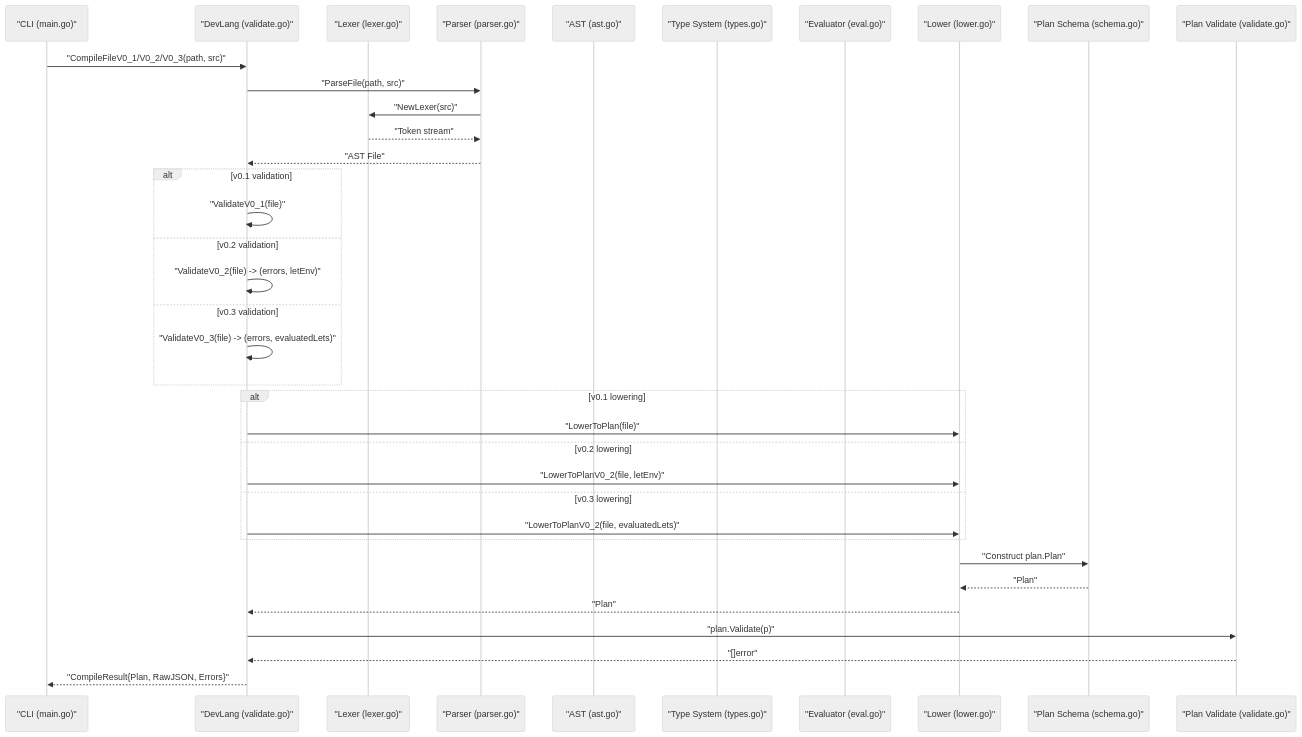
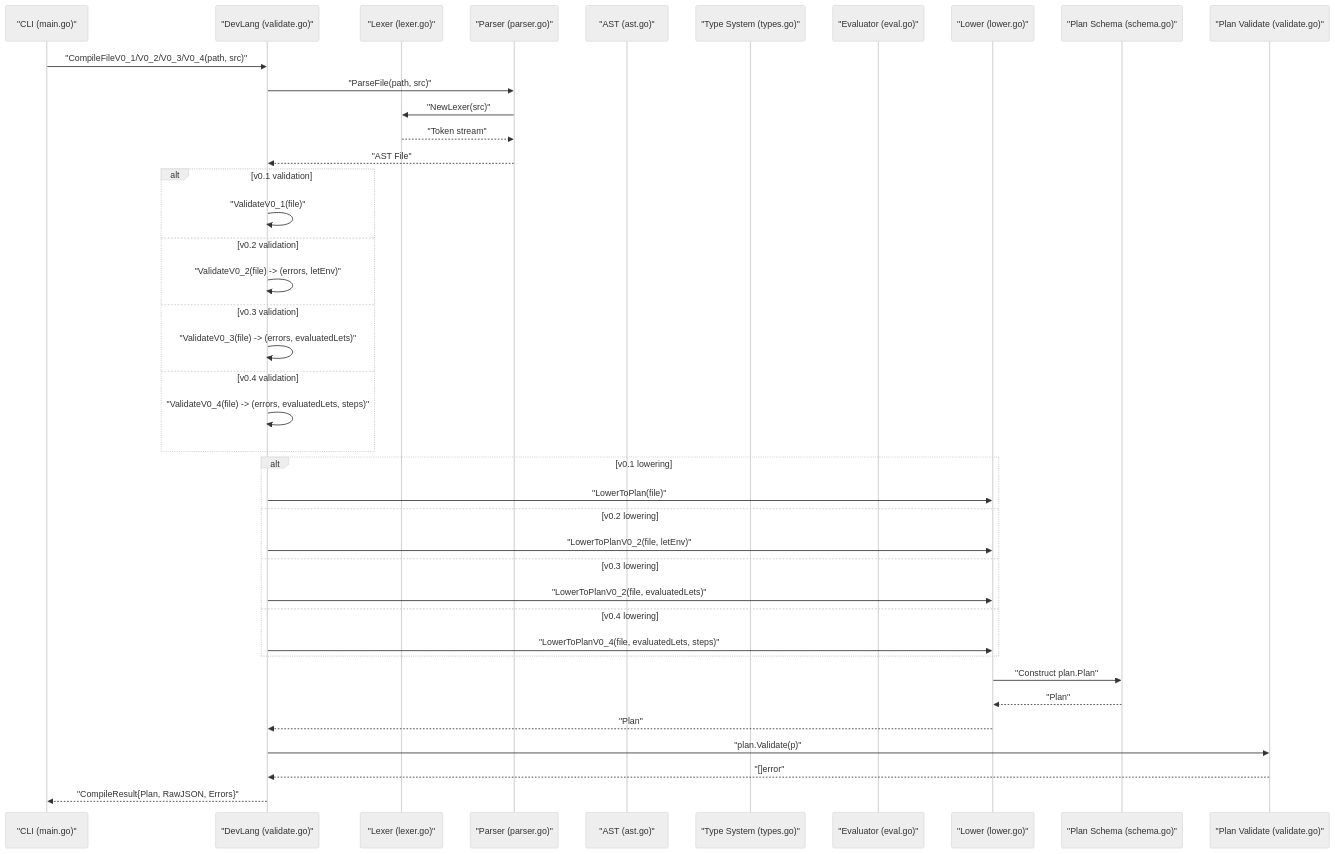
One commit to ahmednour1430464/dotdevops changed the second of 14 diagrams in .qoder/repowiki/en/content/.devops Language Reference/Compilation Pipeline.md. Above: the diagram before and after it, drawn with Mermaid (neutral theme). The commit also changed other lines of this file and 3 other files, not shown here.

````diff
--- a/.qoder/repowiki/en/content/.devops Language Reference/Compilation Pipeline.md
+++ b/.qoder/repowiki/en/content/.devops Language Reference/Compilation Pipeline.md
@@ -157,38 +179,42 @@
 ```mermaid
 sequenceDiagram
 participant CLI as "CLI (main.go)"
 participant DL as "DevLang (validate.go)"
 participant LX as "Lexer (lexer.go)"
 participant PR as "Parser (parser.go)"
 participant AS as "AST (ast.go)"
 participant TE as "Type System (types.go)"
 participant EV as "Evaluator (eval.go)"
 participant LO as "Lower (lower.go)"
 participant PS as "Plan Schema (schema.go)"
 participant PV as "Plan Validate (validate.go)"
-CLI->>DL : "CompileFileV0_1/V0_2/V0_3(path, src)"
+CLI->>DL : "CompileFileV0_1/V0_2/V0_3/V0_4(path, src)"
 DL->>PR : "ParseFile(path, src)"
 PR->>LX : "NewLexer(src)"
 LX-->>PR : "Token stream"
 PR-->>DL : "AST File"
 alt v0.1 validation
 DL->>DL : "ValidateV0_1(file)"
 else v0.2 validation
 DL->>DL : "ValidateV0_2(file) -> (errors, letEnv)"
 else v0.3 validation
 DL->>DL : "ValidateV0_3(file) -> (errors, evaluatedLets)"
+else v0.4 validation
+DL->>DL : "ValidateV0_4(file) -> (errors, evaluatedLets, steps)"
 end
 alt v0.1 lowering
 DL->>LO : "LowerToPlan(file)"
 else v0.2 lowering
 DL->>LO : "LowerToPlanV0_2(file, letEnv)"
 else v0.3 lowering
 DL->>LO : "LowerToPlanV0_2(file, evaluatedLets)"
+else v0.4 lowering
+DL->>LO : "LowerToPlanV0_4(file, evaluatedLets, steps)"
 end
 LO->>PS : "Construct plan.Plan"
 PS-->>LO : "Plan"
 LO-->>DL : "Plan"
 DL->>PV : "plan.Validate(p)"
 PV-->>DL : "[]error"
 DL-->>CLI : "CompileResult{Plan, RawJSON, Errors}"
 ```
````
